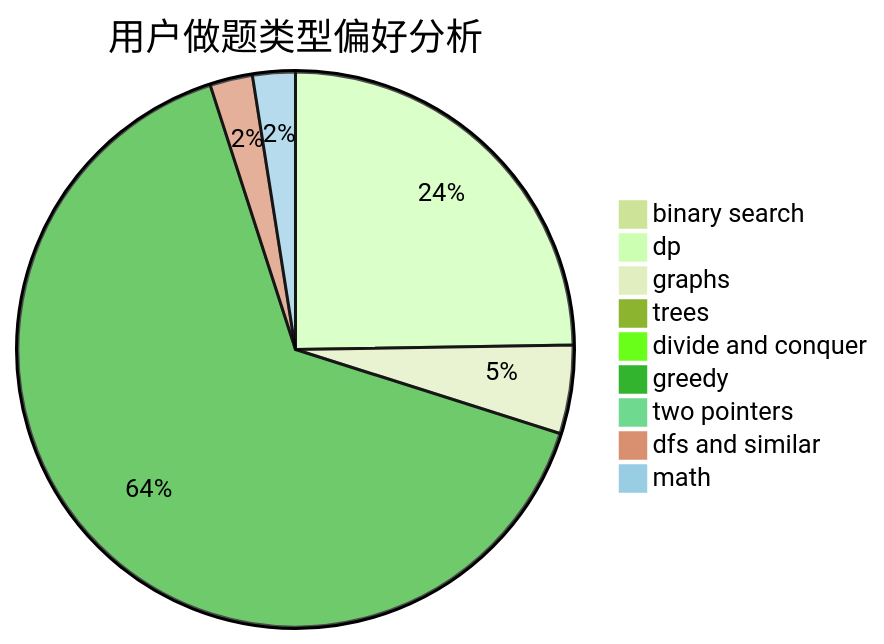
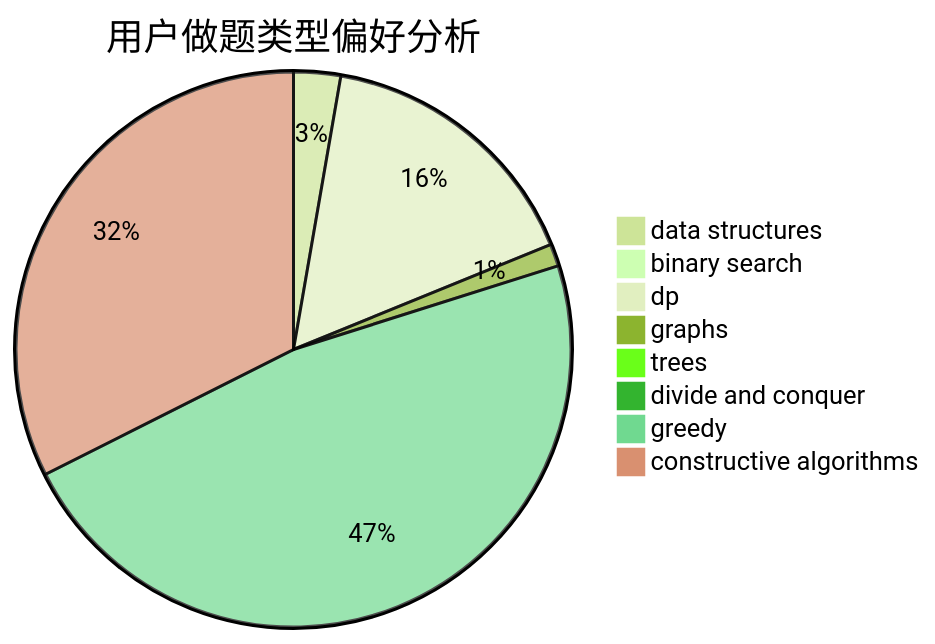
Before and after one commit to sherpahu/cfrs.github.io: the second of 3 diagrams in docs/user/u973.md, drawn with Mermaid (forest theme). The commit also changed other lines of this file and 2775 other files, not shown here.

````diff
--- a/docs/user/u973.md
+++ b/docs/user/u973.md
@@ -23,12 +23,11 @@
 ```mermaid
 pie title 用户做题类型偏好分析
-    "binary search" :  9
-    "dp" :  259
-    "graphs" :  54
+    "data structures" :  38
+    "binary search" :  5
+    "dp" :  224
+    "graphs" :  18
     "trees" :  4
     "divide and conquer" :  0
-    "greedy" :  682
-    "two pointers" :  6
-    "dfs and similar" :  26
-    "math" :  26
+    "greedy" :  660
+    "constructive algorithms" :  451
 ```
````
